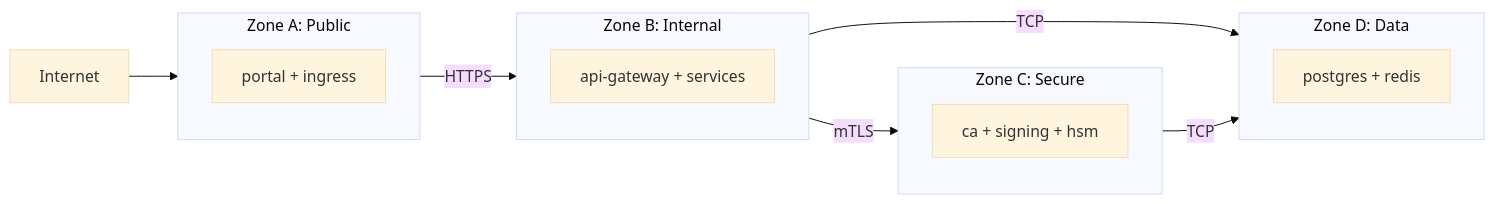
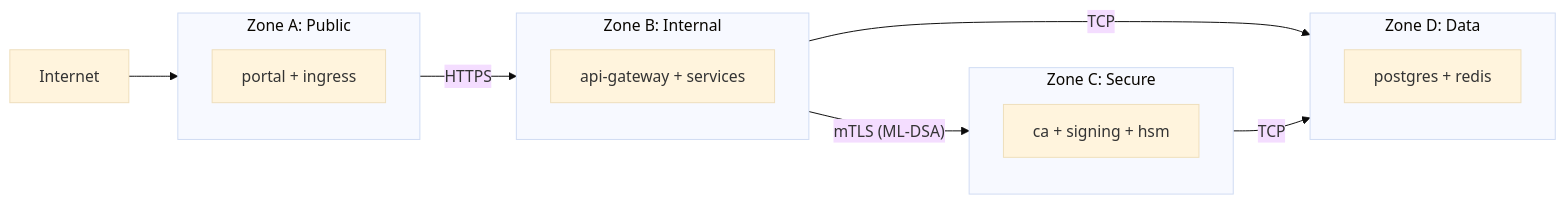
The second of 2 diagrams in docs/architecture.md (LVy-H/Crypto-Final-Public-Administration), drawn with Mermaid (base theme) before and after one commit. The commit also changed other lines of this file and 155 other files, not shown here.

````diff
--- a/docs/architecture.md
+++ b/docs/architecture.md
@@ -112,24 +143,24 @@
 ```mermaid
 flowchart LR
     subgraph Z1["Zone A: Public"]
         P[portal + ingress]
     end
 
     subgraph Z2["Zone B: Internal"]
         I[api-gateway + services]
     end
 
     subgraph Z3["Zone C: Secure"]
         S[ca + signing + hsm]
     end
 
     subgraph Z4["Zone D: Data"]
         D[postgres + redis]
     end
 
     Internet --> Z1
     Z1 -->|"HTTPS"| Z2
-    Z2 -->|"mTLS"| Z3
+    Z2 -->|"mTLS (ML-DSA)"| Z3
     Z2 -->|"TCP"| Z4
     Z3 -->|"TCP"| Z4
 ```
````
